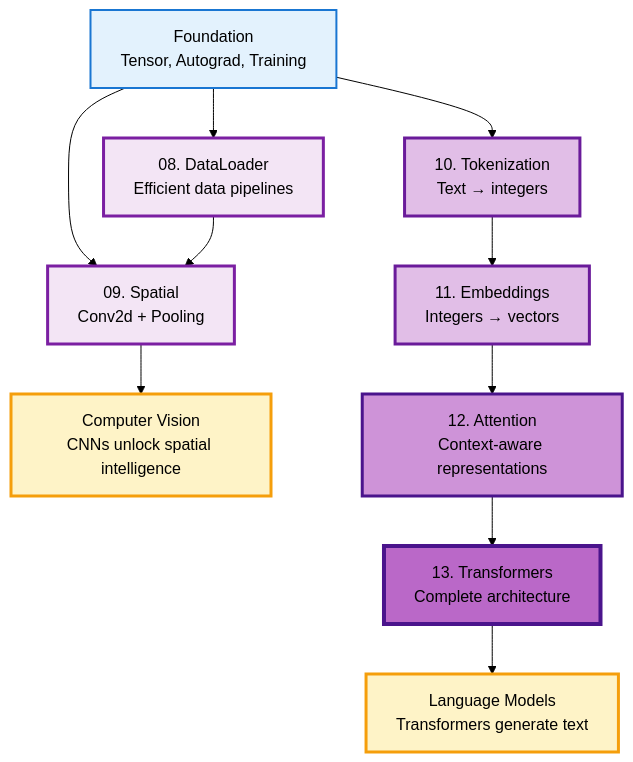
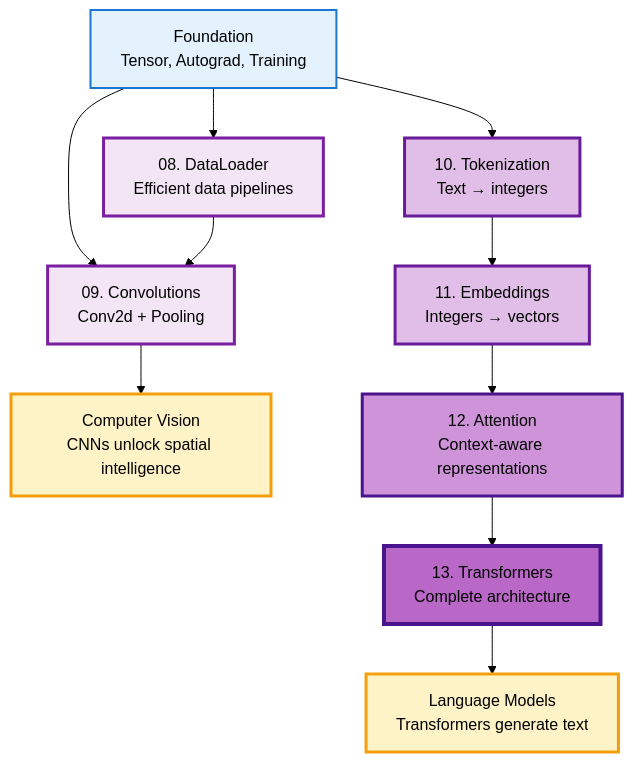
One commit to harvard-edge/cs249r_book changed the first of 2 diagrams in tinytorch/site/tiers/architecture.md. Above: the diagram before and after it, drawn with Mermaid (forest theme). The commit also changed other lines of this file and 37 other files, not shown here.

First line of the commit message:
refactor: rename Module 09 from Spatial to Convolutions

````diff
--- a/tinytorch/site/tiers/architecture.md
+++ b/tinytorch/site/tiers/architecture.md
@@ -20,29 +20,29 @@
 ```{mermaid}
 :align: center
 :caption: Architecture Overview
 graph TB
  F[ Foundation<br/>Tensor, Autograd, Training]
 
  F --> M08[08. DataLoader<br/>Efficient data pipelines]
- F --> M09[09. Spatial<br/>Conv2d + Pooling]
+ F --> M09[09. Convolutions<br/>Conv2d + Pooling]
 
  M08 --> M09
  M09 --> VISION[ Computer Vision<br/>CNNs unlock spatial intelligence]
 
  F --> M10[10. Tokenization<br/>Text → integers]
  M10 --> M11[11. Embeddings<br/>Integers → vectors]
  M11 --> M12[12. Attention<br/>Context-aware representations]
  M12 --> M13[13. Transformers<br/>Complete architecture]
 
  M13 --> LLM[ Language Models<br/>Transformers generate text]
 
  style F fill:#e3f2fd,stroke:#1976d2,stroke-width:2px
  style M08 fill:#f3e5f5,stroke:#7b1fa2,stroke-width:3px
  style M09 fill:#f3e5f5,stroke:#7b1fa2,stroke-width:3px
  style M10 fill:#e1bee7,stroke:#6a1b9a,stroke-width:3px
  style M11 fill:#e1bee7,stroke:#6a1b9a,stroke-width:3px
  style M12 fill:#ce93d8,stroke:#4a148c,stroke-width:3px
  style M13 fill:#ba68c8,stroke:#4a148c,stroke-width:4px
  style VISION fill:#fef3c7,stroke:#f59e0b,stroke-width:3px
  style LLM fill:#fef3c7,stroke:#f59e0b,stroke-width:3px
 ```
````
